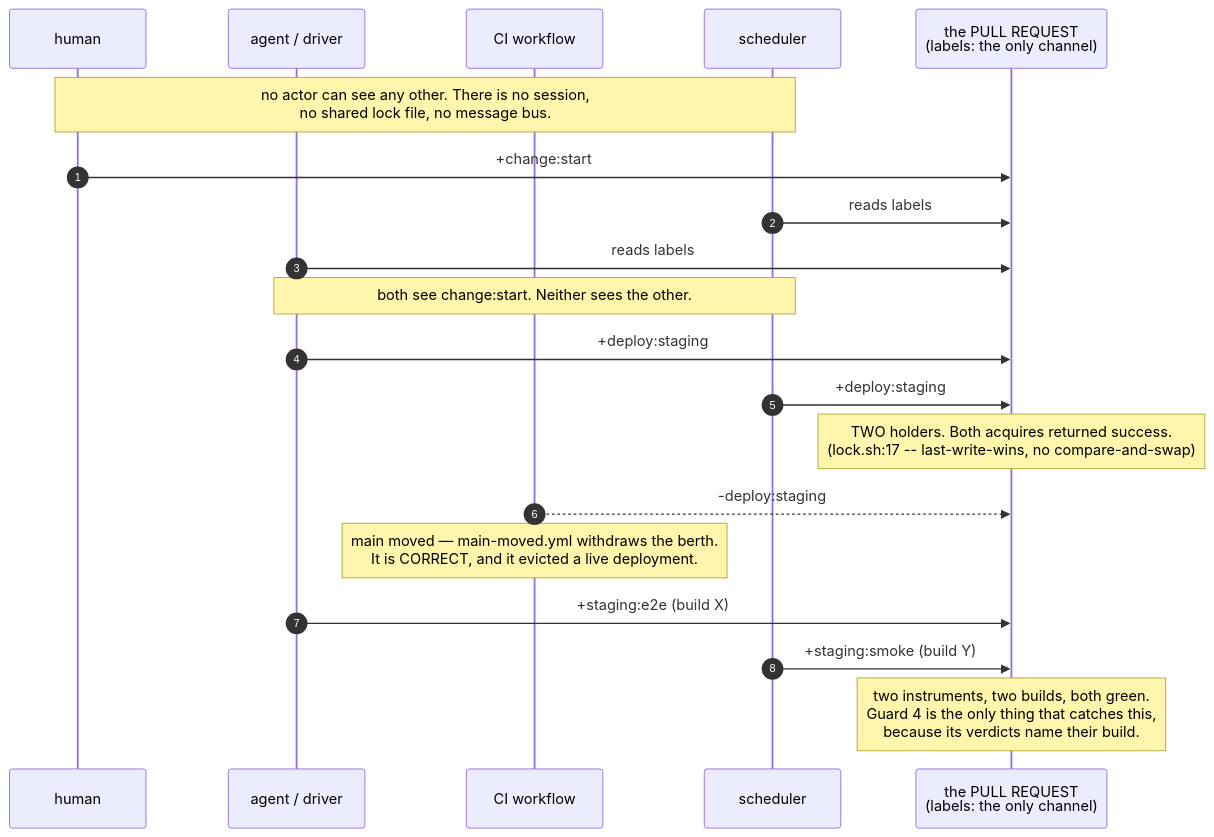
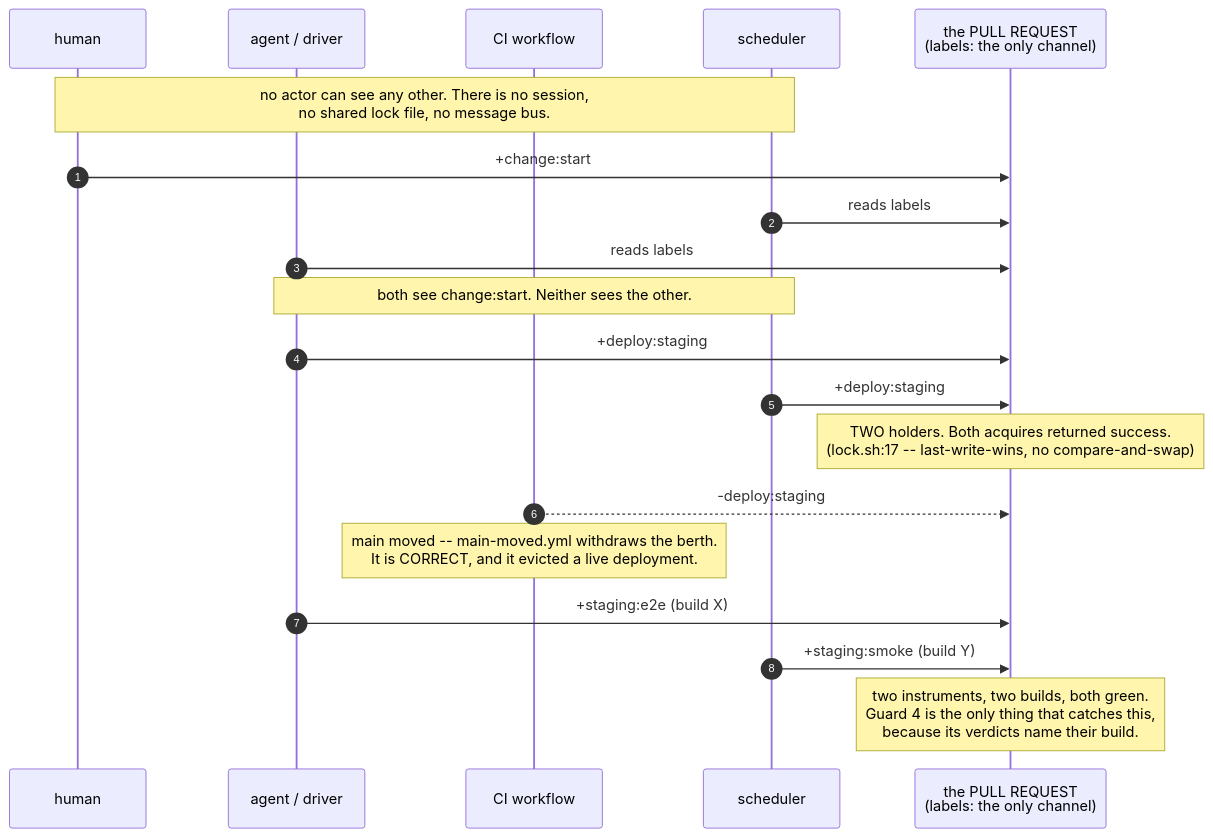
Before and after one commit to aygp-dr/standard-change: the diagram in research/findings/labels-are-the-only-channel.org, drawn with Mermaid. The commit also changed other lines of this file and 48 other files, not shown here.

```diff
--- a/research/findings/labels-are-the-only-channel.org
+++ b/research/findings/labels-are-the-only-channel.org
@@ -15,27 +15,27 @@
 #+begin_src mermaid :eval never-export
 sequenceDiagram
     autonumber
     participant H as human
     participant A as agent / driver
     participant W as CI workflow
     participant S as scheduler
     participant PR as the PULL REQUEST<br/>(labels: the only channel)
 
     Note over H,S: no actor can see any other. There is no session,<br/>no shared lock file, no message bus.
 
     H->>PR: +change:start
     S->>PR: reads labels
     A->>PR: reads labels
     Note over S,A: both see change:start. Neither sees the other.
 
     A->>PR: +deploy:staging
     S->>PR: +deploy:staging
     Note over PR: TWO holders. Both acquires returned success.<br/>(lock.sh:17 -- last-write-wins, no compare-and-swap)
 
     W-->>PR: -deploy:staging
-    Note over W: main moved — main-moved.yml withdraws the berth.<br/>It is CORRECT, and it evicted a live deployment.
+    Note over W: main moved -- main-moved.yml withdraws the berth.<br/>It is CORRECT, and it evicted a live deployment.
 
     A->>PR: +staging:e2e (build X)
     S->>PR: +staging:smoke (build Y)
     Note over PR: two instruments, two builds, both green.<br/>Guard 4 is the only thing that catches this,<br/>because its verdicts name their build.
 #+end_src
```
